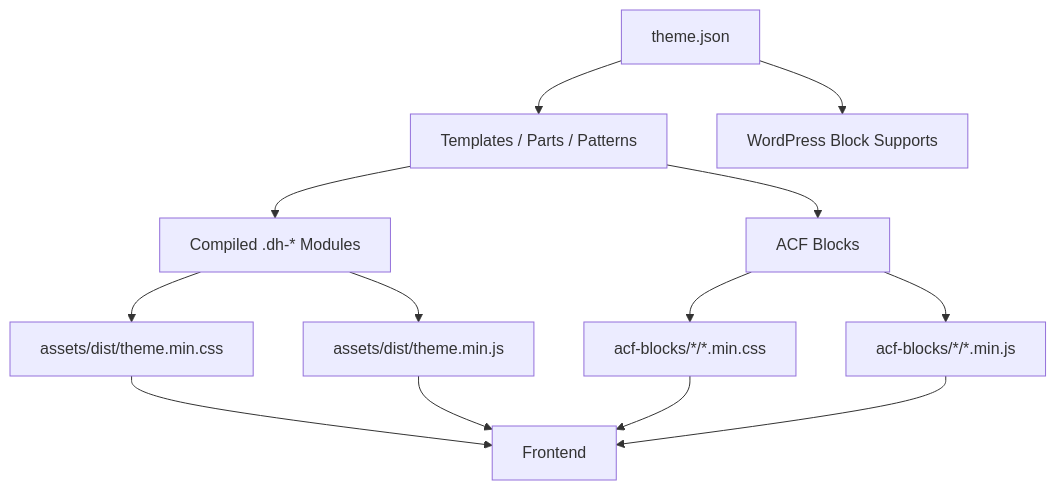
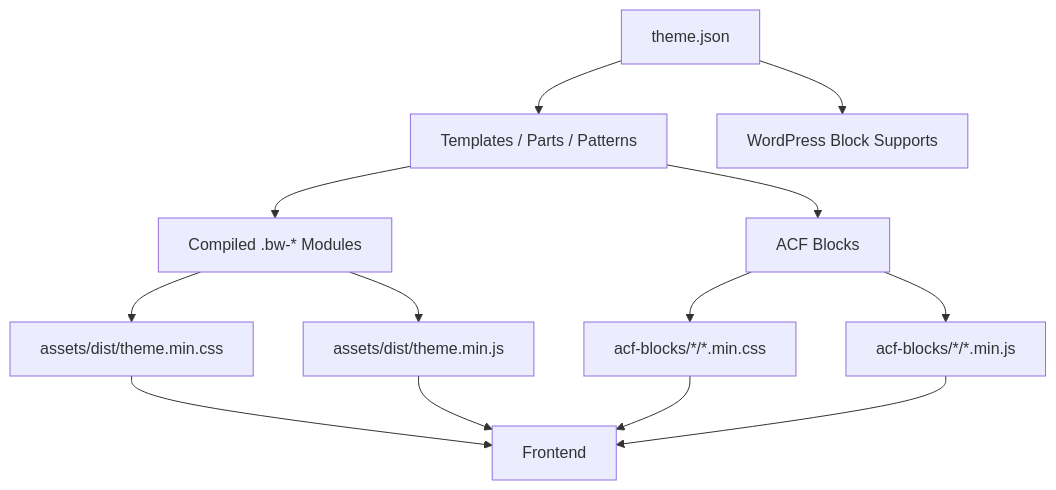
The first of 3 diagrams in docs/architecture.md (Rmmichael95/BlockWind), drawn with Mermaid before and after one commit. The commit also changed 46 other files, not shown here.

````diff
--- a/docs/architecture.md
+++ b/docs/architecture.md
@@ -18,19 +18,19 @@
 ```mermaid
 flowchart TD
     A[theme.json] --> B[Templates / Parts / Patterns]
     A --> C[WordPress Block Supports]
 
-    B --> D[Compiled .dh-* Modules]
+    B --> D[Compiled .bw-* Modules]
     B --> E[ACF Blocks]
 
     D --> F[assets/dist/theme.min.css]
     D --> G[assets/dist/theme.min.js]
 
     E --> H[acf-blocks/*/*.min.css]
     E --> I[acf-blocks/*/*.min.js]
 
     F --> J[Frontend]
     G --> J
     H --> J
     I --> J
 ```
````
